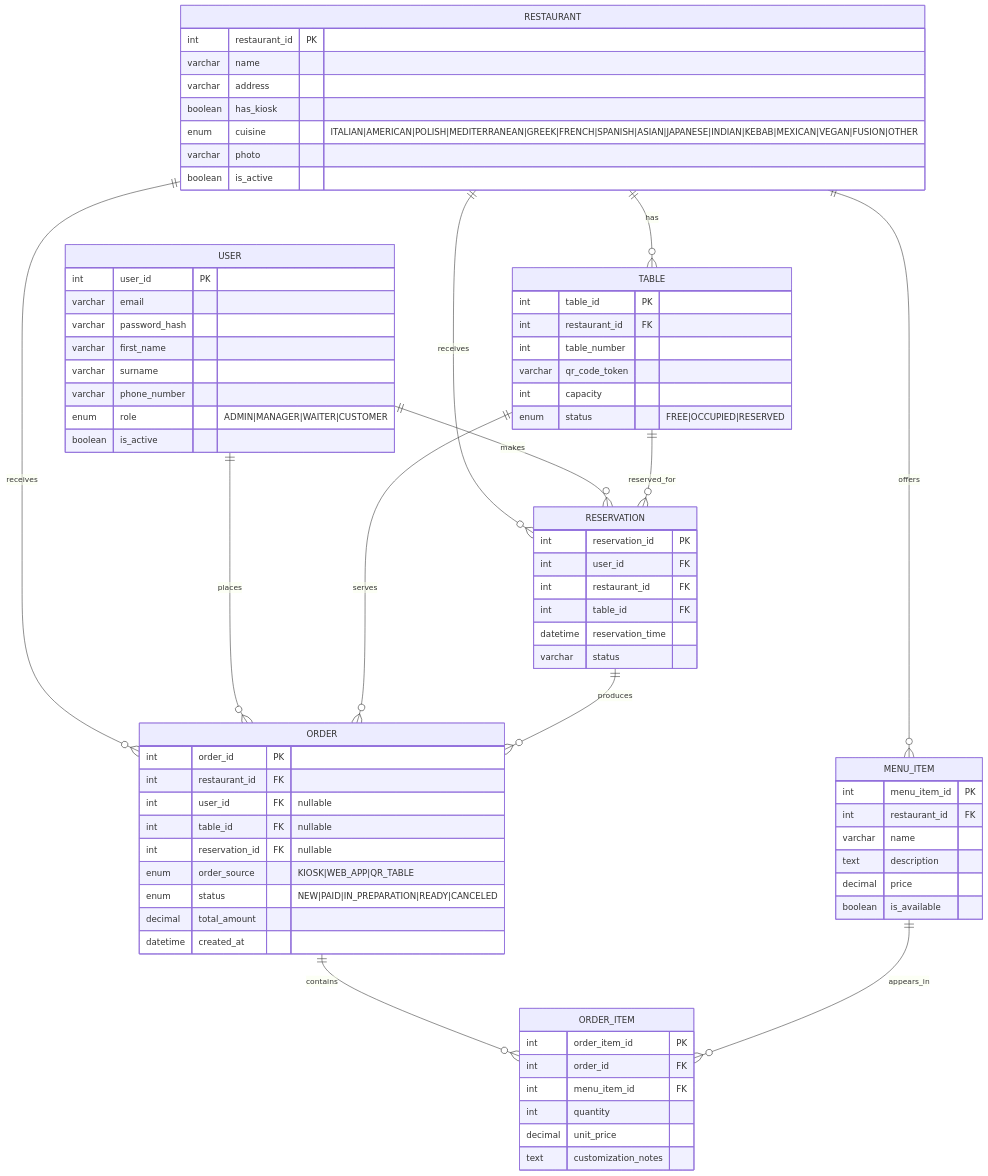
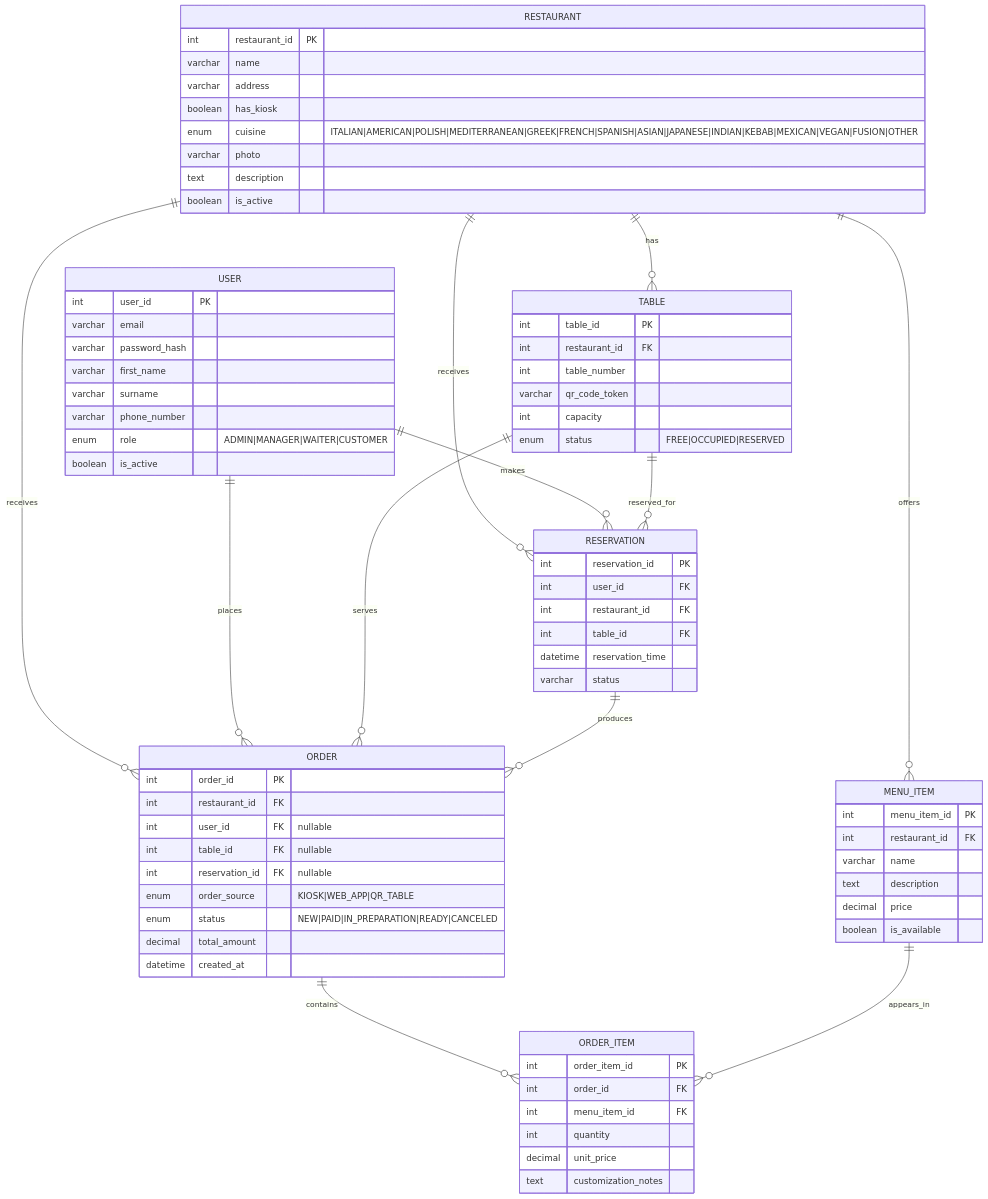
Before and after one commit to MatiBukowski/Zastosowania-Informatyki-w-gospodarce-: the second of 2 diagrams in Documentation/ARCHITECTURE.md, drawn with Mermaid.

Commit message:
Add description column to restaurant table schema
Added a description field to the restaurant table schema.

```diff
--- a/Documentation/ARCHITECTURE.md
+++ b/Documentation/ARCHITECTURE.md
@@ -147,6 +147,7 @@
     boolean has_kiosk
     enum cuisine "ITALIAN|AMERICAN|POLISH|MEDITERRANEAN|GREEK|FRENCH|SPANISH|ASIAN|JAPANESE|INDIAN|KEBAB|MEXICAN|VEGAN|FUSION|OTHER"
     varchar photo
+    text description
     boolean is_active
   }
 
```
